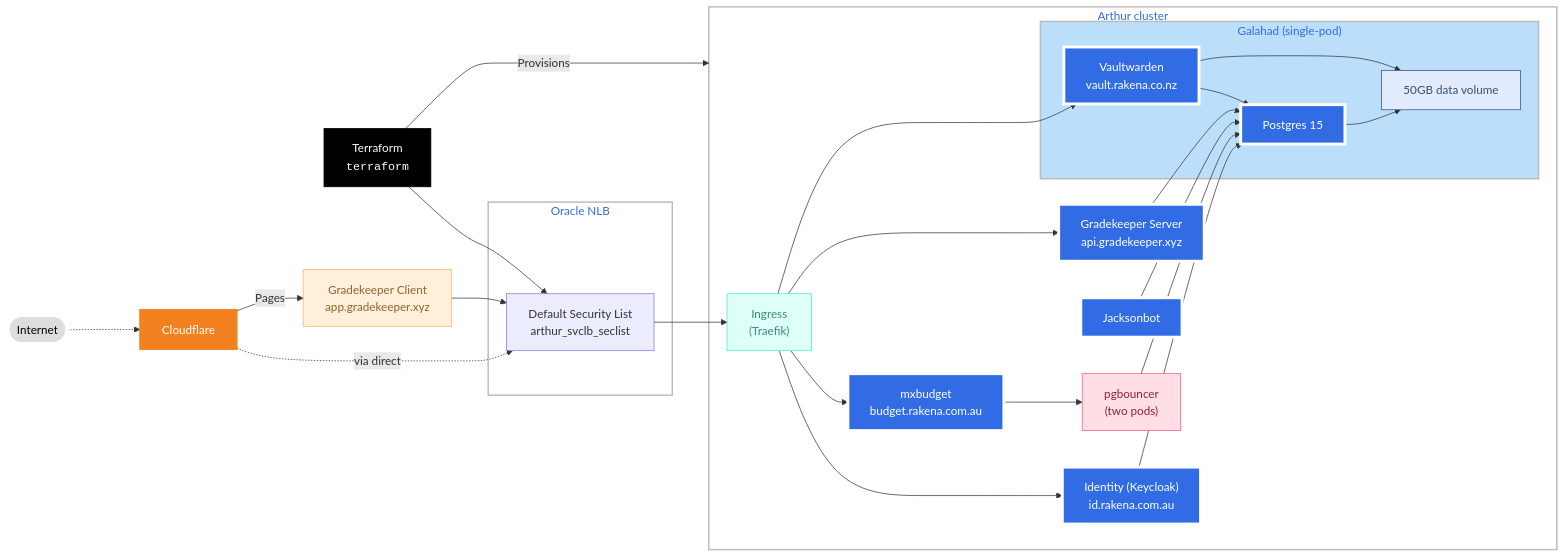
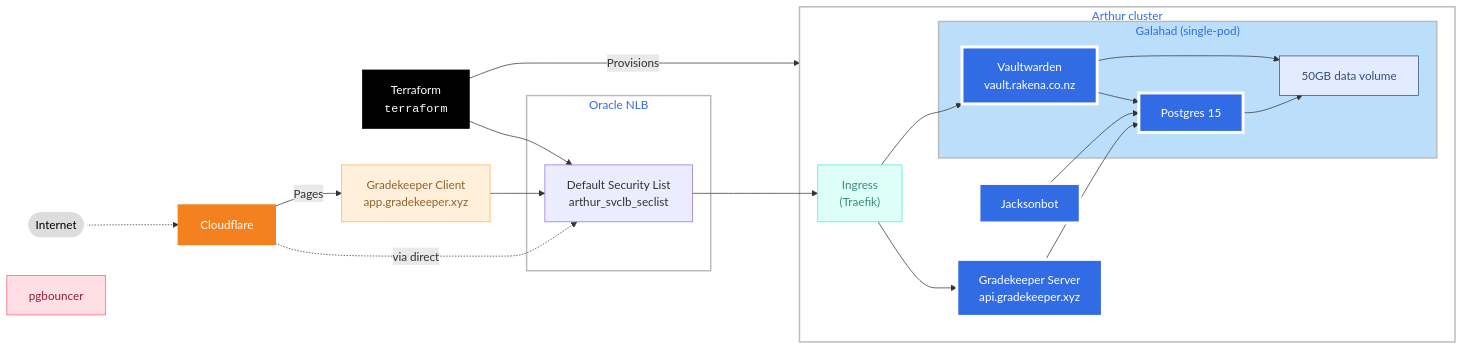
One commit to jacksonrakena/infrastructure changed the diagram in README.md. Above: the diagram before and after it, drawn with Mermaid. The commit also changed other lines of this file and 8 other files, not shown here.

````diff
--- a/README.md
+++ b/README.md
@@ -3,60 +3,52 @@
 ```mermaid
 flowchart LR
  subgraph cf_tls["Oracle NLB"]
         vsec["Default Security List<br>arthur_svclb_seclist"]
   end
  subgraph galahad["Galahad (single-pod)"]
         vw["Vaultwarden<br>vault.rakena.co.nz"]
         pg["Postgres 15"]
         agd["50GB data volume"]
   end
  subgraph cluster["Arthur cluster"]
-        identity["Identity (Keycloak)<br>id.rakena.com.au"]
         ingress["Ingress<br>(Traefik)"]
-        mxbudget["mxbudget<br>budget.rakena.com.au"]
-        pgbouncer["pgbouncer<br>(two pods)"]
         gk["Gradekeeper Server<br>api.gradekeeper.xyz"]
         jb["Jacksonbot"]
         galahad
   end
     client(["Internet"]) -..-> cf["Cloudflare"]
     tfx["Terraform<br><code>terraform</code>"] -- Provisions --> cluster
     tfx --> vsec
     gk_frontend["Gradekeeper Client<br>app.gradekeeper.xyz"] --> vsec
     cf -. via direct ..-> vsec
     vsec --> ingress
-    ingress --> identity & mxbudget & gk & vw
-    pgbouncer --> pg
-    mxbudget --> pgbouncer
-    identity --> pg
+    ingress --> gk & vw
     jb --> pg
     vw --> pg & agd
     pg --> agd
     gk --> pg
     cf -- Pages --> gk_frontend
      vw:::k8s
      pg:::k8s
      agd:::plain
      agd:::Sky
-     identity:::k8s
      ingress:::Aqua
-     mxbudget:::k8s
      pgbouncer:::Rose
      gk:::k8s
      jb:::k8s
      client:::plain
      cf:::cloudflare
      tfx:::Class_01
      cluster:::cluster
      gk_frontend:::Peach
     classDef plain fill:#ddd,stroke:#fff,stroke-width:4px,color:#000
     classDef k8s fill:#326ce5,stroke:#fff,stroke-width:4px,color:#fff
     classDef cluster fill:#fff,stroke:#bbb,stroke-width:2px,color:#326ce5
     classDef cloudflare fill:#F48120,stroke:#F48120,stroke-width:2px,color:white
     classDef Class_01 fill:#000000, color:#fff, stroke:#000000
     classDef Sky stroke-width:1px, stroke-dasharray:none, stroke:#374D7C, fill:#E2EBFF, color:#374D7C
     classDef Peach stroke-width:1px, stroke-dasharray:none, stroke:#FBB35A, fill:#FFEFDB, color:#8F632D
     classDef Aqua stroke-width:1px, stroke-dasharray:none, stroke:#46EDC8, fill:#DEFFF8, color:#378E7A
     classDef Rose stroke-width:1px, stroke-dasharray:none, stroke:#FF5978, fill:#FFDFE5, color:#8E2236
     style galahad fill:#BBDEFB
 ```
````
